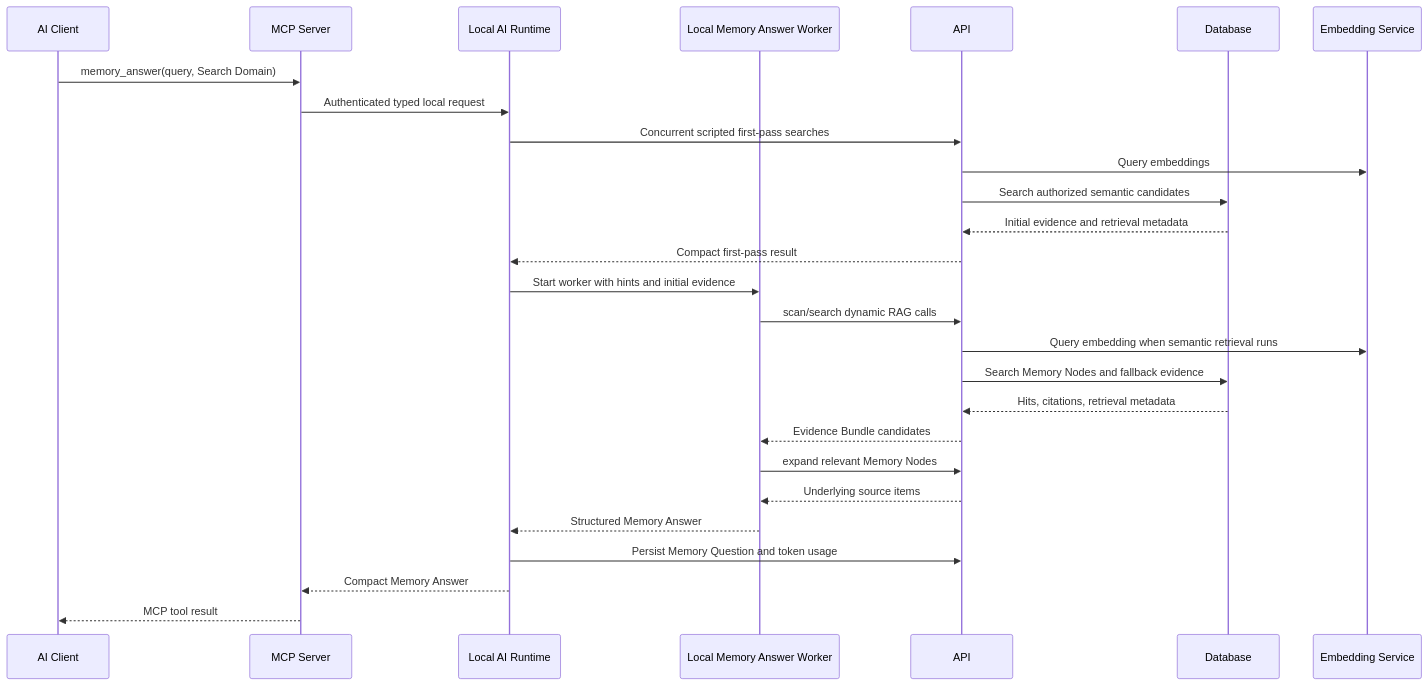
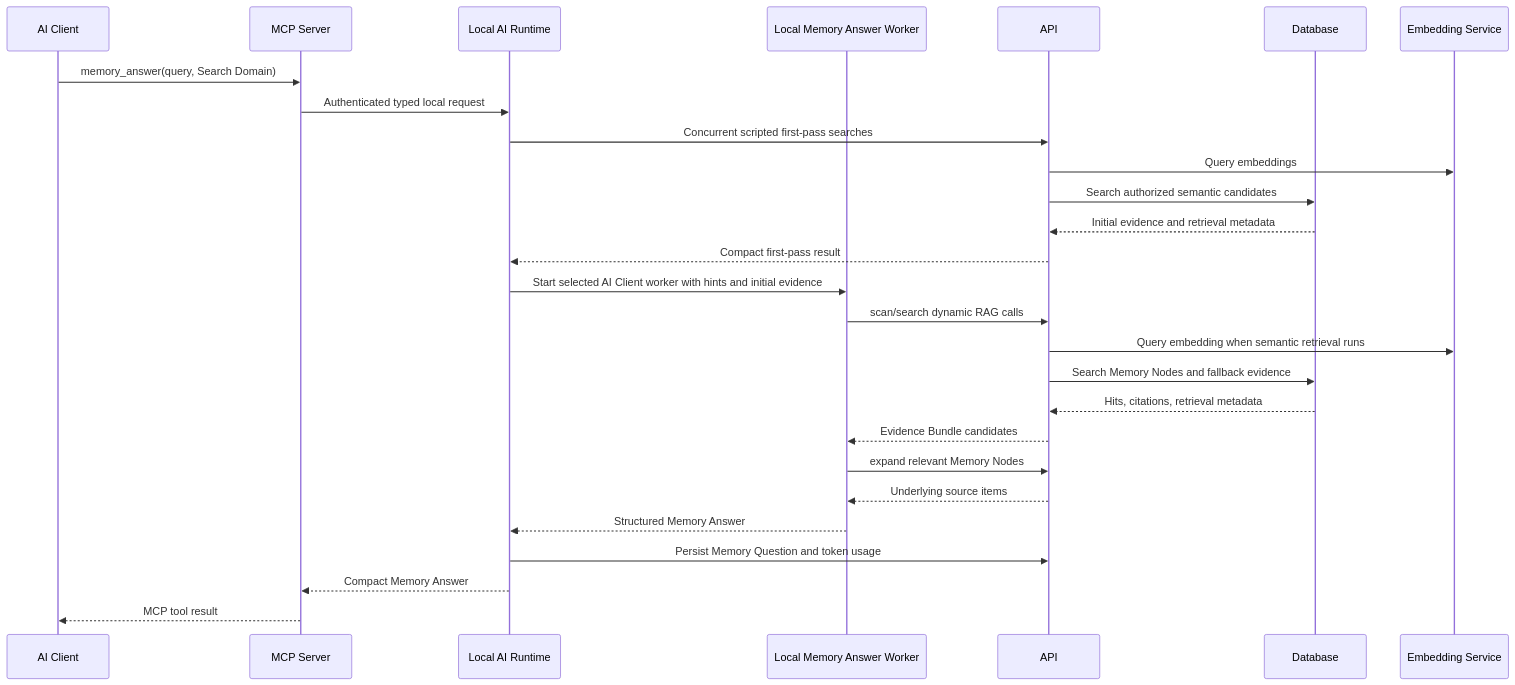
Before and after one commit to johncarmack1984/koed: the fifth of 5 diagrams in docs/service-sequence-overview.md, drawn with Mermaid. The commit also changed other lines of this file and 200 other files, not shown here.

````diff
--- a/docs/service-sequence-overview.md
+++ b/docs/service-sequence-overview.md
@@ -1363,30 +1366,30 @@
 ```mermaid
 sequenceDiagram
   participant Client as AI Client
   participant MCP as MCP Server
   participant Runtime as Local AI Runtime
   participant Answer as Local Memory Answer Worker
   participant API as API
   participant DB as Database
   participant Embed as Embedding Service
 
   Client->>MCP: memory_answer(query, Search Domain)
   MCP->>Runtime: Authenticated typed local request
   Runtime->>API: Concurrent scripted first-pass searches
   API->>Embed: Query embeddings
   API->>DB: Search authorized semantic candidates
   DB-->>API: Initial evidence and retrieval metadata
   API-->>Runtime: Compact first-pass result
-  Runtime->>Answer: Start worker with hints and initial evidence
+  Runtime->>Answer: Start selected AI Client worker with hints and initial evidence
   Answer->>API: scan/search dynamic RAG calls
   API->>Embed: Query embedding when semantic retrieval runs
   API->>DB: Search Memory Nodes and fallback evidence
   DB-->>API: Hits, citations, retrieval metadata
   API-->>Answer: Evidence Bundle candidates
   Answer->>API: expand relevant Memory Nodes
   API-->>Answer: Underlying source items
   Answer-->>Runtime: Structured Memory Answer
   Runtime->>API: Persist Memory Question and token usage
   Runtime-->>MCP: Compact Memory Answer
   MCP-->>Client: MCP tool result
 ```
````
